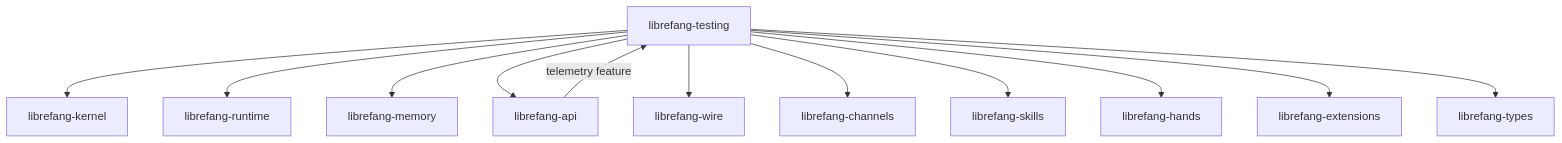
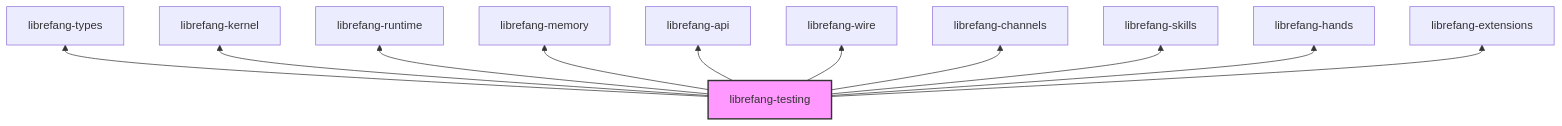
The diagram in other-librefang-testing.md (leszek3737/librefang-WIki), drawn with Mermaid before and after one commit. The commit also changed other lines of this file and 98 other files, not shown here.

````diff
--- a/other-librefang-testing.md
+++ b/other-librefang-testing.md
@@ -19,15 +21,15 @@
 ```mermaid
-graph TD
-    TT[librefang-testing]
-    TT --> TK[librefang-kernel]
-    TT --> TR[librefang-runtime]
-    TT --> TM[librefang-memory]
-    TT --> TA[librefang-api]
-    TT --> TW[librefang-wire]
-    TT --> TC[librefang-channels]
-    TT --> TS[librefang-skills]
-    TT --> TH[librefang-hands]
-    TT --> TE[librefang-extensions]
-    TT --> TT2[librefang-types]
-    TA -->|telemetry feature| TT
+graph BT
+    T[librefang-testing] --> TYPES[librefang-types]
+    T --> KERNEL[librefang-kernel]
+    T --> RUNTIME[librefang-runtime]
+    T --> MEMORY[librefang-memory]
+    T --> API[librefang-api]
+    T --> WIRE[librefang-wire]
+    T --> CH[librefang-channels]
+    T --> SK[librefang-skills]
+    T --> H[librefang-hands]
+    T --> EXT[librefang-extensions]
+
+    style T fill:#f9f,stroke:#333,stroke-width:2px
 ```
````
